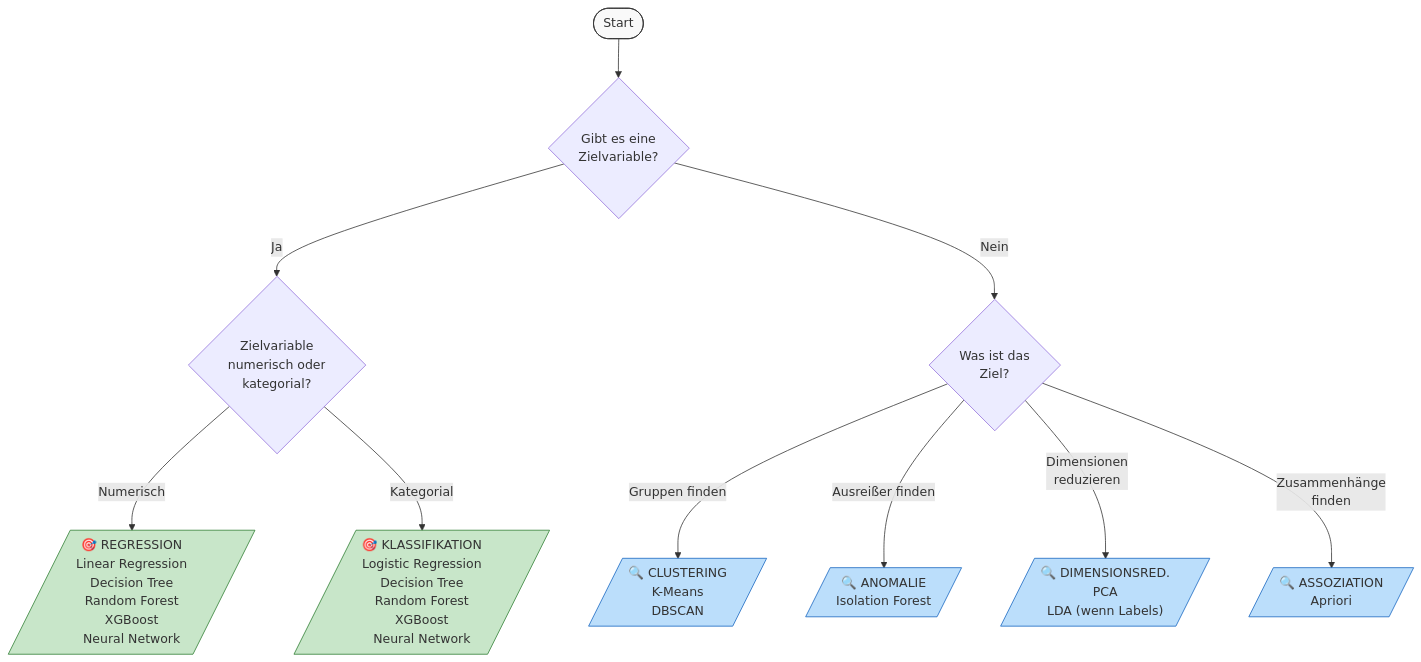
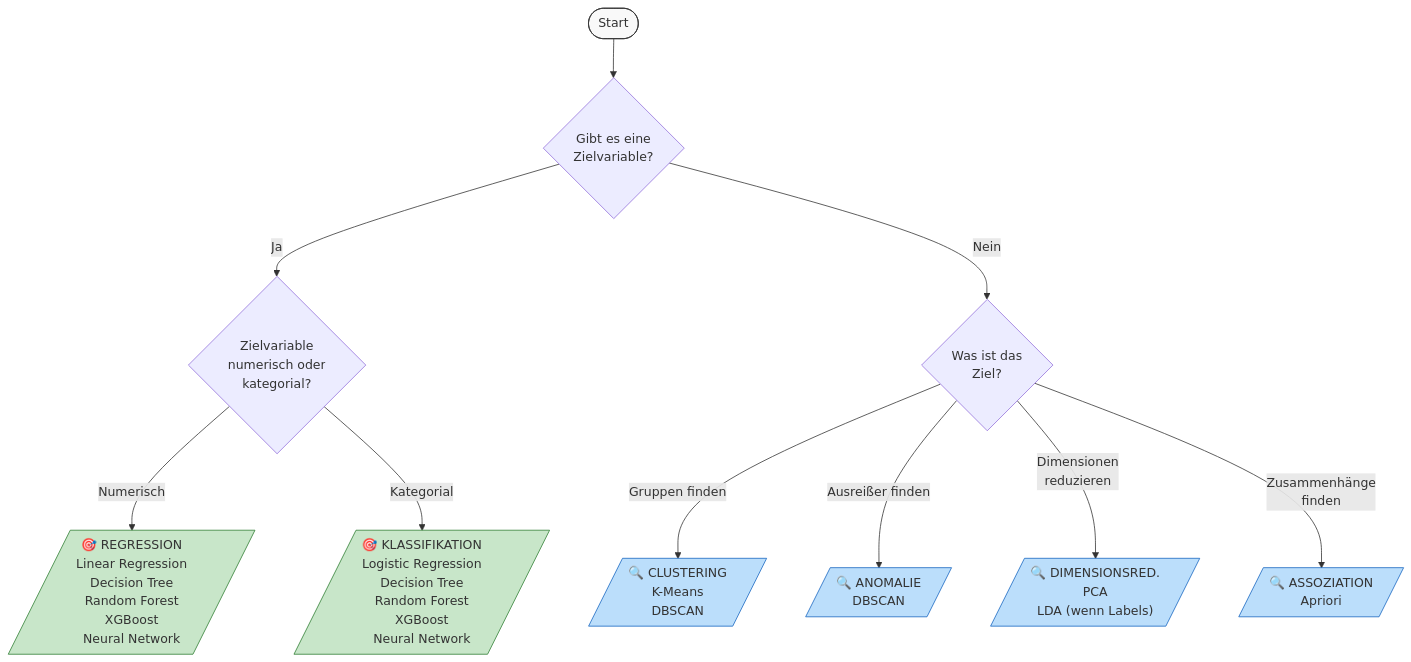
One commit to ralf-42/ML_Intro changed the second of 2 diagrams in docs/concepts/modeling/modell-steckbriefe.md. Above: the diagram before and after it, drawn with Mermaid. The commit also changed other lines of this file and 19 other files, not shown here.

````diff
--- a/docs/concepts/modeling/modell-steckbriefe.md
+++ b/docs/concepts/modeling/modell-steckbriefe.md
@@ -737,27 +558,27 @@
 ```mermaid
 flowchart TD
     START([Start]) --> Q1{Gibt es eine<br/>Zielvariable?}
     
     Q1 -->|Ja| Q2{Zielvariable<br/>numerisch oder<br/>kategorial?}
     Q1 -->|Nein| Q3{Was ist das<br/>Ziel?}
     
     Q2 -->|Numerisch| REG[/"🎯 REGRESSION<br/>Linear Regression<br/>Decision Tree<br/>Random Forest<br/>XGBoost<br/>Neural Network"/]
     
     Q2 -->|Kategorial| CLASS[/"🎯 KLASSIFIKATION<br/>Logistic Regression<br/>Decision Tree<br/>Random Forest<br/>XGBoost<br/>Neural Network"/]
     
     Q3 -->|Gruppen finden| CLUST[/"🔍 CLUSTERING<br/>K-Means<br/>DBSCAN"/]
-    
-    Q3 -->|Ausreißer finden| ANOM[/"🔍 ANOMALIE<br/>Isolation Forest"/]
-    
+
+    Q3 -->|Ausreißer finden| ANOM[/"🔍 ANOMALIE<br/>DBSCAN"/]
+
     Q3 -->|Dimensionen<br/>reduzieren| DIM[/"🔍 DIMENSIONSRED.<br/>PCA<br/>LDA (wenn Labels)"/]
     
     Q3 -->|Zusammenhänge<br/>finden| ASSOC[/"🔍 ASSOZIATION<br/>Apriori"/]
     
     style START fill:#f9f9f9,stroke:#333
     style REG fill:#c8e6c9,stroke:#2e7d32
     style CLASS fill:#c8e6c9,stroke:#2e7d32
     style CLUST fill:#bbdefb,stroke:#1565c0
     style ANOM fill:#bbdefb,stroke:#1565c0
     style DIM fill:#bbdefb,stroke:#1565c0
     style ASSOC fill:#bbdefb,stroke:#1565c0
 ```
````
